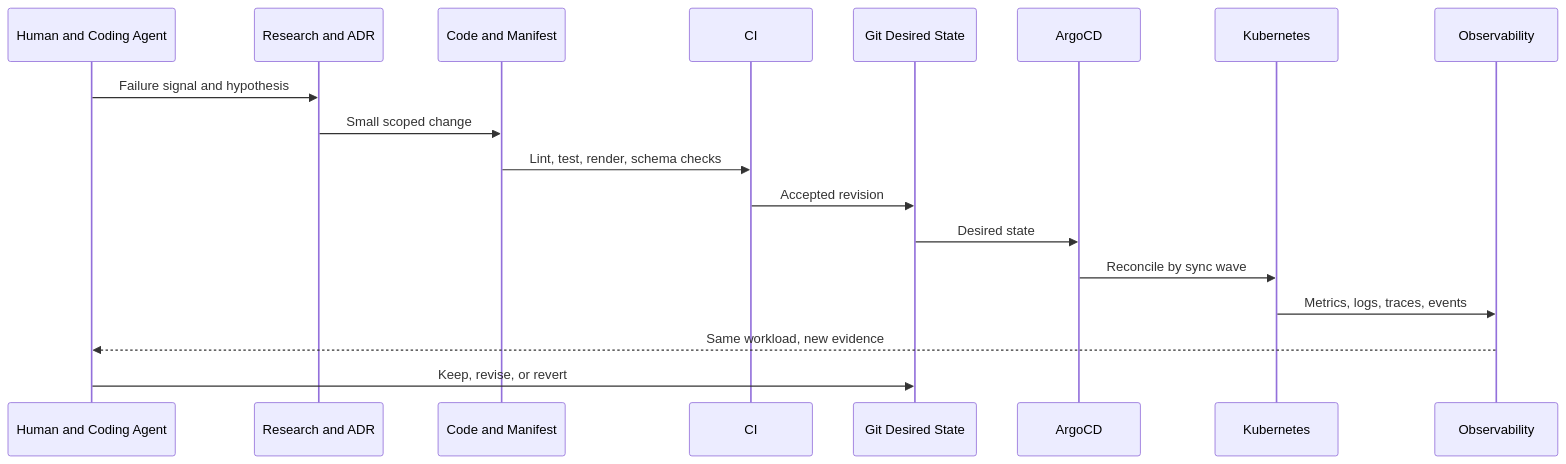
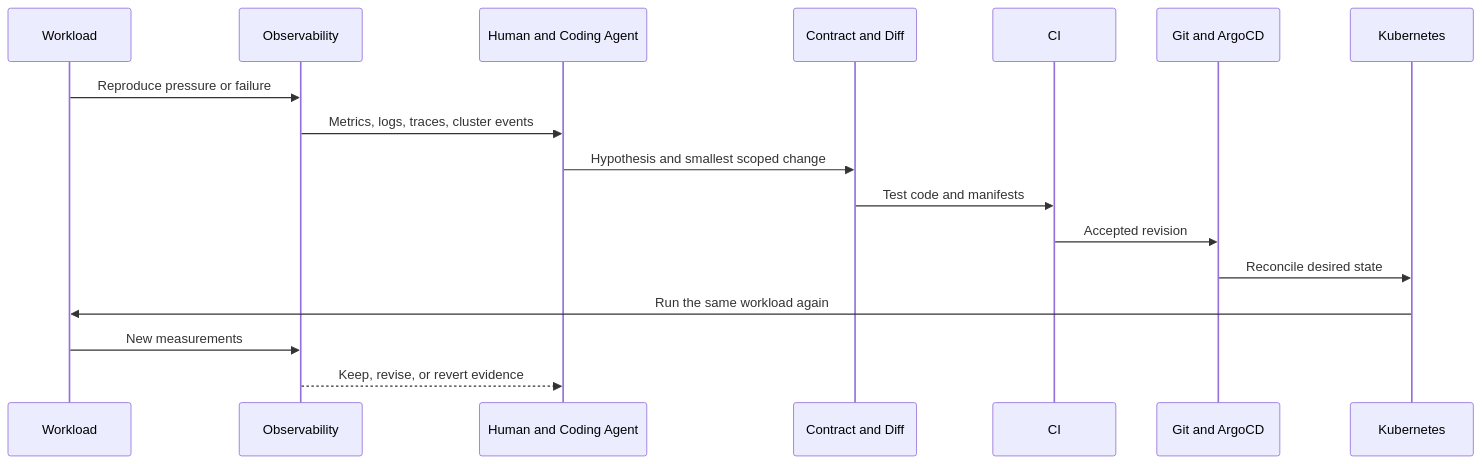
One commit to mangowhoiscloud/mangowhoiscloud changed the seventh of 9 diagrams in README.md. Above: the diagram before and after it, drawn with Mermaid. The commit also changed other lines of this file, not shown here.

````diff
--- a/README.md
+++ b/README.md
@@ -217,20 +219,19 @@
 ```mermaid
 sequenceDiagram
+    participant W as Workload
+    participant O as Observability
     participant H as Human and Coding Agent
-    participant D as Research and ADR
-    participant C as Code and Manifest
+    participant D as Contract and Diff
     participant CI as CI
-    participant G as Git Desired State
-    participant A as ArgoCD
+    participant G as Git and ArgoCD
     participant K as Kubernetes
-    participant O as Observability
-    H->>D: Failure signal and hypothesis
-    D->>C: Small scoped change
-    C->>CI: Lint, test, render, schema checks
+    W->>O: Reproduce pressure or failure
+    O->>H: Metrics, logs, traces, cluster events
+    H->>D: Hypothesis and smallest scoped change
+    D->>CI: Test code and manifests
     CI->>G: Accepted revision
-    G->>A: Desired state
-    A->>K: Reconcile by sync wave
-    K->>O: Metrics, logs, traces, events
-    O-->>H: Same workload, new evidence
-    H->>G: Keep, revise, or revert
+    G->>K: Reconcile desired state
+    K->>W: Run the same workload again
+    W->>O: New measurements
+    O-->>H: Keep, revise, or revert evidence
 ```
````
